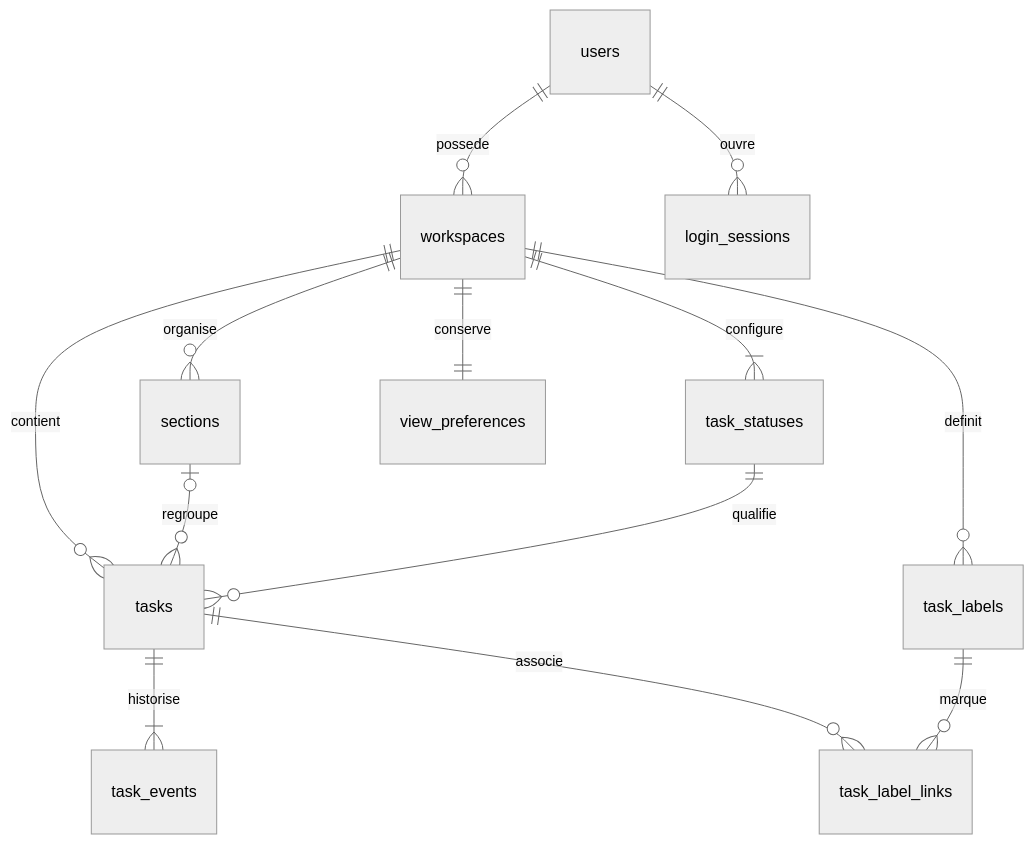
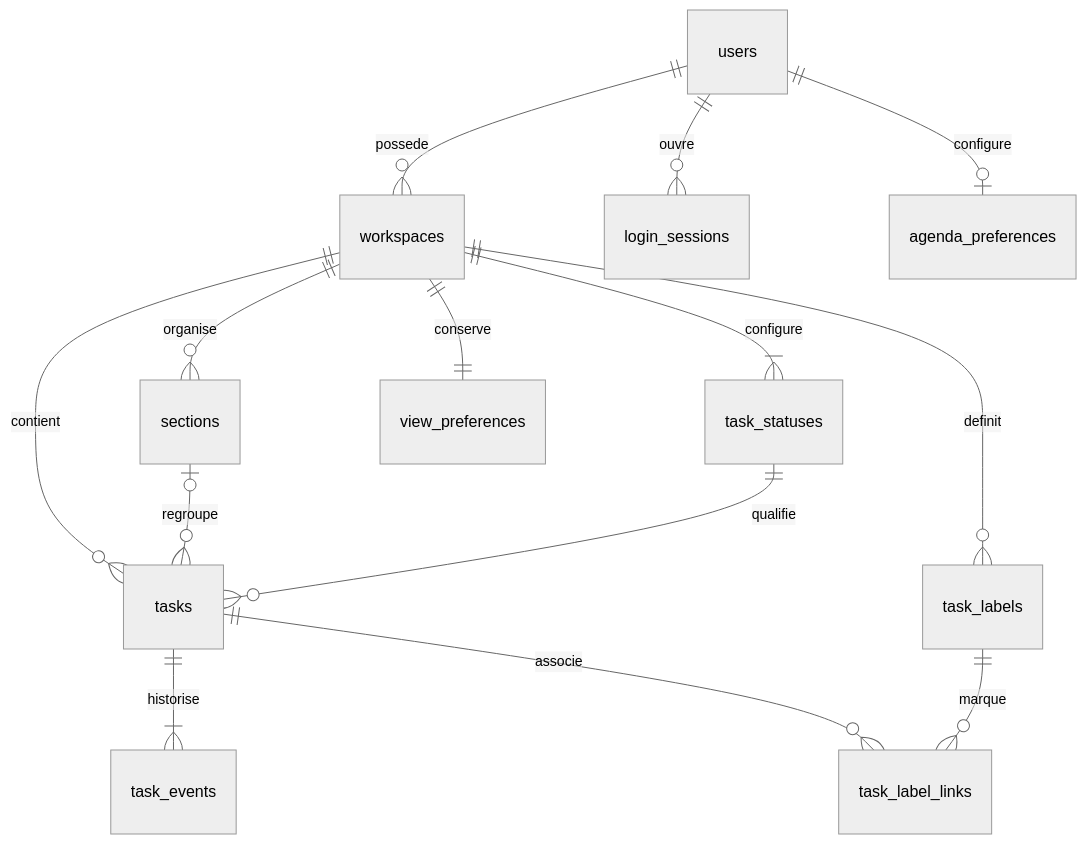
One commit to ThibaultLeveau/life.thibault-leveau.com changed the diagram in docs/assets/diagrams/data.mmd. Above: the diagram before and after it, drawn with Mermaid. The commit also changed 9 other files, not shown here.

```diff
--- a/docs/assets/diagrams/data.mmd
+++ b/docs/assets/diagrams/data.mmd
@@ -1,19 +1,20 @@
 ---
 config:
   theme: neutral
   themeVariables:
     fontFamily: 'Arial, sans-serif'
 ---
 erDiagram
     users ||--o{ workspaces : possede
     users ||--o{ login_sessions : ouvre
+    users ||--o| agenda_preferences : configure
     workspaces ||--o{ sections : organise
     workspaces ||--|{ task_statuses : configure
     workspaces ||--o{ task_labels : definit
     workspaces ||--|| view_preferences : conserve
     workspaces ||--o{ tasks : contient
     sections |o--o{ tasks : regroupe
     task_statuses ||--o{ tasks : qualifie
     tasks ||--|{ task_events : historise
     tasks ||--o{ task_label_links : associe
     task_labels ||--o{ task_label_links : marque
```
